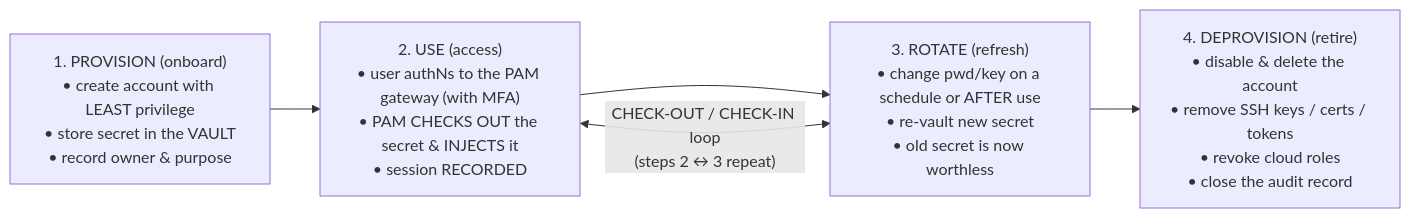
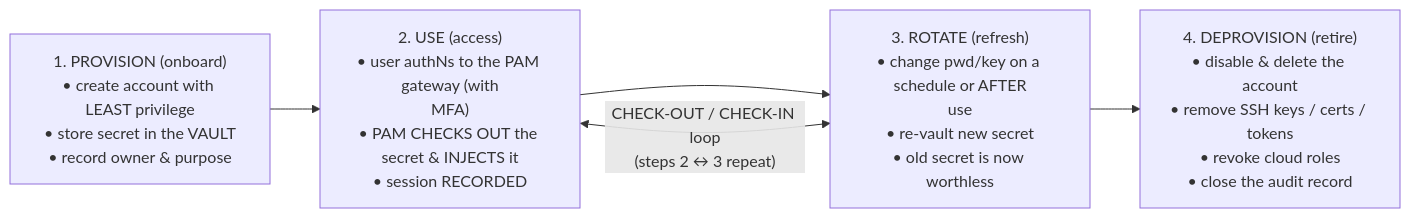
The second of 3 diagrams in foundations/privileged-accounts-and-credentials.md (morandeirachema/WallixCerts), drawn with Mermaid before and after one commit. The commit also changed other lines of this file and 37 other files, not shown here.

First line of the commit message:
Make Mermaid node boxes fit their text (wrap long labels) + enforce it

````diff
--- a/foundations/privileged-accounts-and-credentials.md
+++ b/foundations/privileged-accounts-and-credentials.md
@@ -105,9 +105,9 @@
 ```mermaid
 flowchart LR
     P["1. PROVISION (onboard)<br/>• create account with LEAST privilege<br/>• store secret in the VAULT<br/>• record owner & purpose"]
-    U["2. USE (access)<br/>• user authNs to the PAM gateway (with MFA)<br/>• PAM CHECKS OUT the secret & INJECTS it<br/>• session RECORDED"]
-    R["3. ROTATE (refresh)<br/>• change pwd/key on a schedule or AFTER use<br/>• re-vault new secret<br/>• old secret is now worthless"]
+    U["2. USE (access)<br/>• user authNs to the PAM gateway (with<br/>MFA)<br/>• PAM CHECKS OUT the secret & INJECTS it<br/>• session RECORDED"]
+    R["3. ROTATE (refresh)<br/>• change pwd/key on a schedule or AFTER<br/>use<br/>• re-vault new secret<br/>• old secret is now worthless"]
     D["4. DEPROVISION (retire)<br/>• disable & delete the account<br/>• remove SSH keys / certs / tokens<br/>• revoke cloud roles<br/>• close the audit record"]
     P --> U --> R --> D
     U <-->|"CHECK-OUT / CHECK-IN loop<br/>(steps 2 ↔ 3 repeat)"| R
 ```
````
